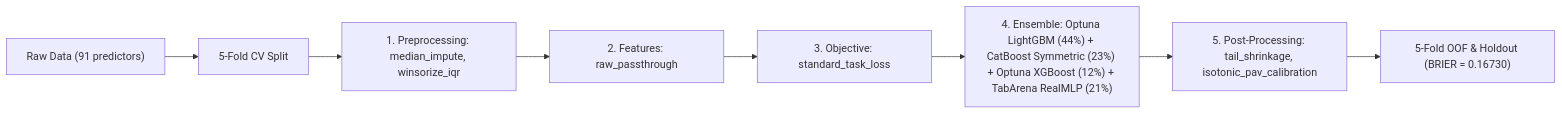
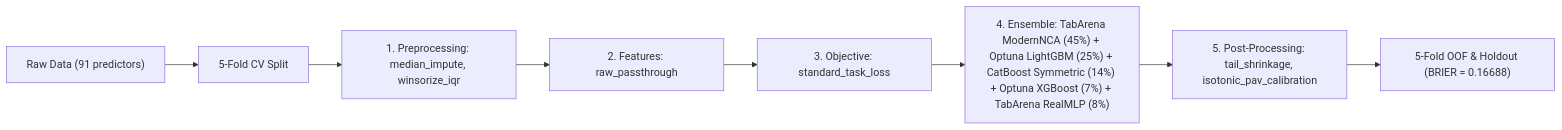
Before and after one commit to stefanoclss/March-Machine-Learning-Mania-2026: the diagram in README.md, drawn with Mermaid. The commit also changed other lines of this file, not shown here.

First line of the commit message:
docs(readme): refresh verified OOF benchmark & build ledger (BRIER=0.16688)

````diff
--- a/README.md
+++ b/README.md
@@ -76,10 +78,10 @@
 ```mermaid
 flowchart LR
     DATA["Raw Data (91 predictors)"] --> SPLIT["5-Fold CV Split"]
     SPLIT --> PRE["1. Preprocessing: median_impute, winsorize_iqr"]
     PRE --> FEAT["2. Features: raw_passthrough"]
     FEAT --> OBJ["3. Objective: standard_task_loss"]
-    OBJ --> M0["4. Ensemble: Optuna LightGBM (44%) + CatBoost Symmetric (23%) + Optuna XGBoost (12%) + TabArena RealMLP (21%)"]
+    OBJ --> M0["4. Ensemble: TabArena ModernNCA (45%) + Optuna LightGBM (25%) + CatBoost Symmetric (14%) + Optuna XGBoost (7%) + TabArena RealMLP (8%)"]
     M0 --> POST["5. Post-Processing: tail_shrinkage, isotonic_pav_calibration"]
-    POST --> OUT["5-Fold OOF & Holdout (BRIER = 0.16730)"]
+    POST --> OUT["5-Fold OOF & Holdout (BRIER = 0.16688)"]
 ```
````
